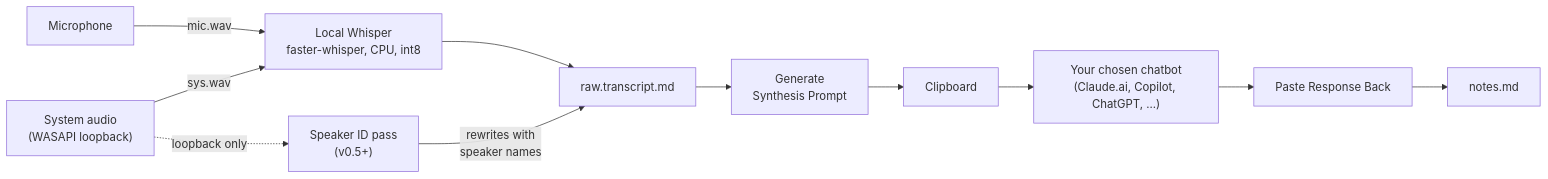
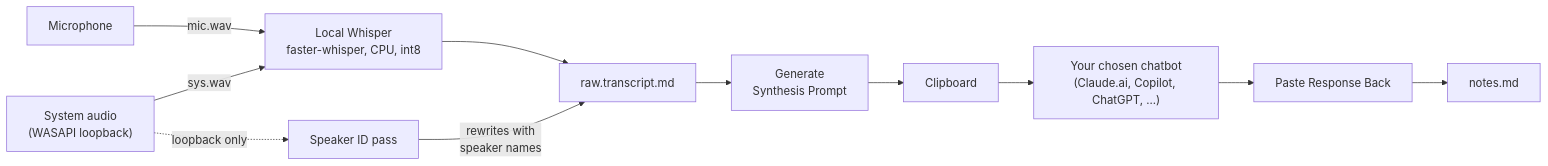
One commit to aarondodd/meeting-notetaker changed the first of 2 diagrams in README.md. Above: the diagram before and after it, drawn with Mermaid. The commit also changed other lines of this file and 9 other files, not shown here.

````diff
--- a/README.md
+++ b/README.md
@@ -9,20 +45,20 @@
 ```mermaid
 flowchart LR
     mic[Microphone]
     sys["System audio<br/>(WASAPI loopback)"]
     whisper["Local Whisper<br/>faster-whisper, CPU, int8"]
     transcript[raw.transcript.md]
-    diar["Speaker ID pass<br/>(v0.5+)"]
+    diar["Speaker ID pass"]
     prompt[Generate<br/>Synthesis Prompt]
     clip[Clipboard]
     chatbot["Your chosen chatbot<br/>(Claude.ai, Copilot, ChatGPT, ...)"]
     paste[Paste Response Back]
     notes[notes.md]
 
     mic -->|mic.wav| whisper
     sys -->|sys.wav| whisper
     whisper --> transcript
     sys -. loopback only .-> diar
     diar -->|rewrites with<br/>speaker names| transcript
     transcript --> prompt --> clip --> chatbot --> paste --> notes
 ```
````
